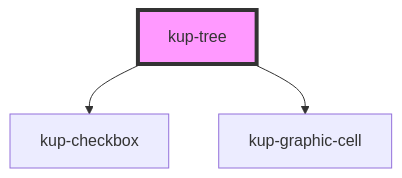
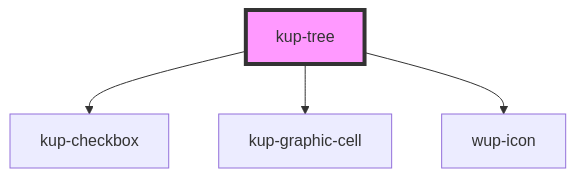
One commit to smeup/ketchup changed the diagram in packages/ketchup/src/components/kup-tree/readme.md. Above: the diagram before and after it, drawn with Mermaid. The commit also changed other lines of this file and 3 other files, not shown here.

````diff
--- a/packages/ketchup/src/components/kup-tree/readme.md
+++ b/packages/ketchup/src/components/kup-tree/readme.md
@@ -116,6 +101,7 @@
 ```mermaid
 graph TD;
   kup-tree --> kup-checkbox
   kup-tree --> kup-graphic-cell
+  kup-tree --> wup-icon
   style kup-tree fill:#f9f,stroke:#333,stroke-width:4px
 ```
````
